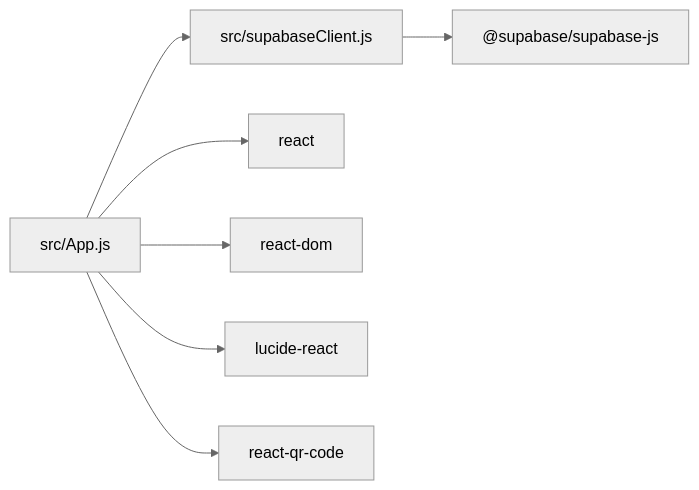
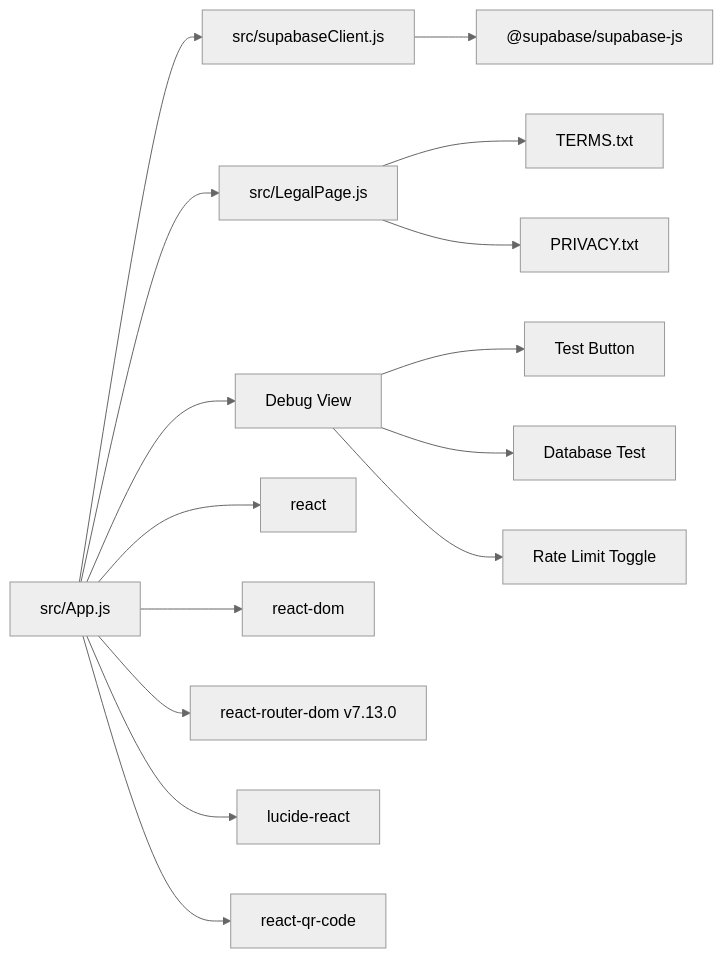
One commit to TheBooleanJulian/followtrain-v2 changed diagram 19 of 19 in .qoder/repowiki/en/content/Application Architecture.md. Above: the diagram before and after it, drawn with Mermaid (neutral theme). The commit also changed other lines of this file and 202 other files, not shown here.

````diff
--- a/.qoder/repowiki/en/content/Application Architecture.md
+++ b/.qoder/repowiki/en/content/Application Architecture.md
@@ -580,9 +978,17 @@
 ```mermaid
 graph LR
 APP["src/App.js"] --> SUP["src/supabaseClient.js"]
+APP --> LEGAL["src/LegalPage.js"]
+APP --> DEBUG["Debug View"]
 APP --> REACT["react"]
 APP --> DOM["react-dom"]
+APP --> ROUTER["react-router-dom v7.13.0"]
 APP --> ICONS["lucide-react"]
 APP --> QR["react-qr-code"]
 SUP --> SBJS["@supabase/supabase-js"]
+LEGAL --> TERMS["TERMS.txt"]
+LEGAL --> PRIVACY["PRIVACY.txt"]
+DEBUG --> TESTBUTTON["Test Button"]
+DEBUG --> DBTEST["Database Test"]
+DEBUG --> RATELIMIT["Rate Limit Toggle"]
 ```
````
